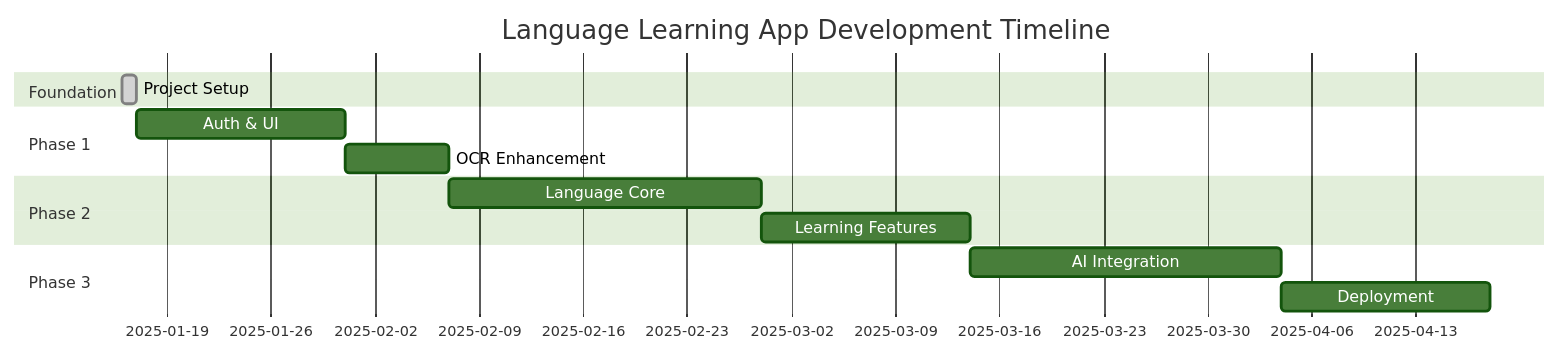
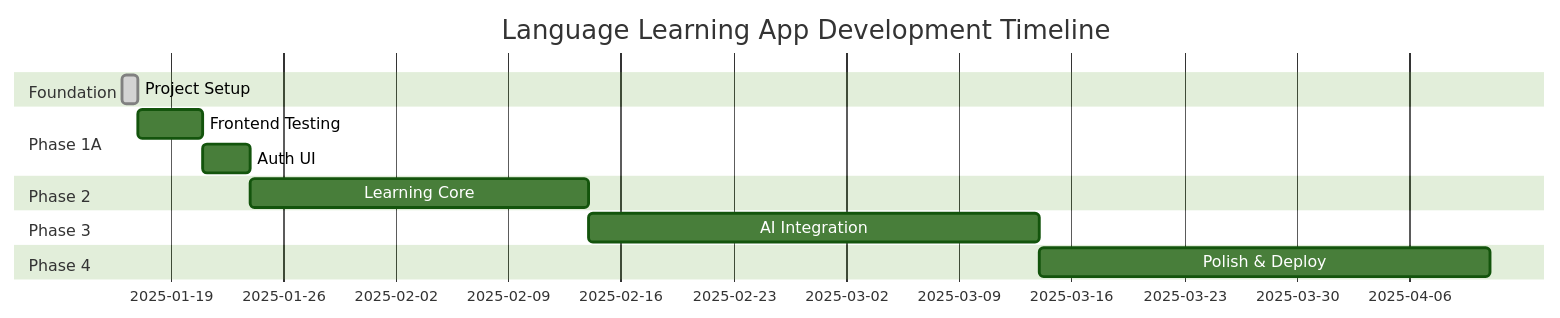
Before and after one commit to Kirito70/sppechify: the diagram in MILESTONE_TRACKER.md, drawn with Mermaid (forest theme). The commit also changed other lines of this file and 23 other files, not shown here.

First line of the commit message:
Complete Phase 1A: Frontend authentication UI and navigation integration

````diff
--- a/MILESTONE_TRACKER.md
+++ b/MILESTONE_TRACKER.md
@@ -202,19 +211,20 @@
 ```mermaid
 gantt
     title Language Learning App Development Timeline
     dateFormat  YYYY-MM-DD
     section Foundation
     Project Setup      :done, foundation, 2025-01-16, 1d
     
-    section Phase 1
-    Auth & UI         :phase1, 2025-01-17, 14d
-    OCR Enhancement   :phase1b, after phase1, 7d
+    section Phase 1A
+    Frontend Testing   :phase1a, 2025-01-17, 4d
+    Auth UI            :auth-ui, after phase1a, 3d
     
     section Phase 2  
-    Language Core     :phase2, after phase1b, 21d
-    Learning Features :phase2b, after phase2, 14d
+    Learning Core      :phase2, after auth-ui, 21d
     
     section Phase 3
-    AI Integration    :phase3, after phase2b, 21d
-    Deployment        :deploy, after phase3, 14d
+    AI Integration     :phase3, after phase2, 28d
+    
+    section Phase 4
+    Polish & Deploy    :deploy, after phase3, 28d
 ```
````
